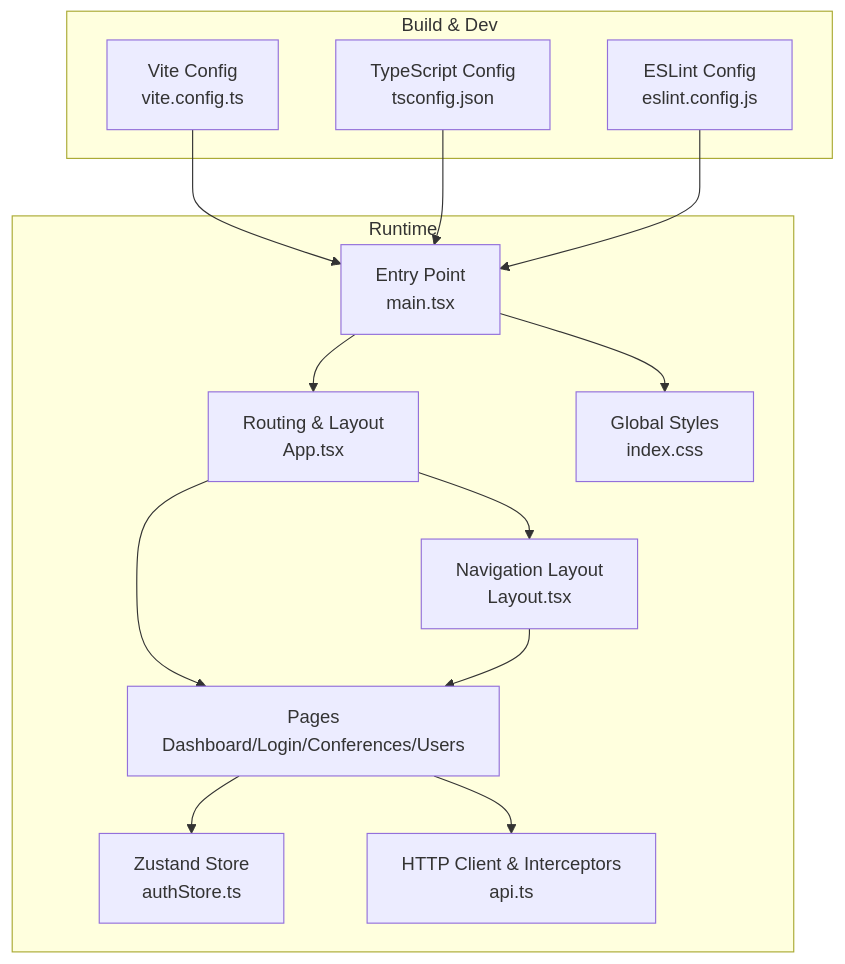
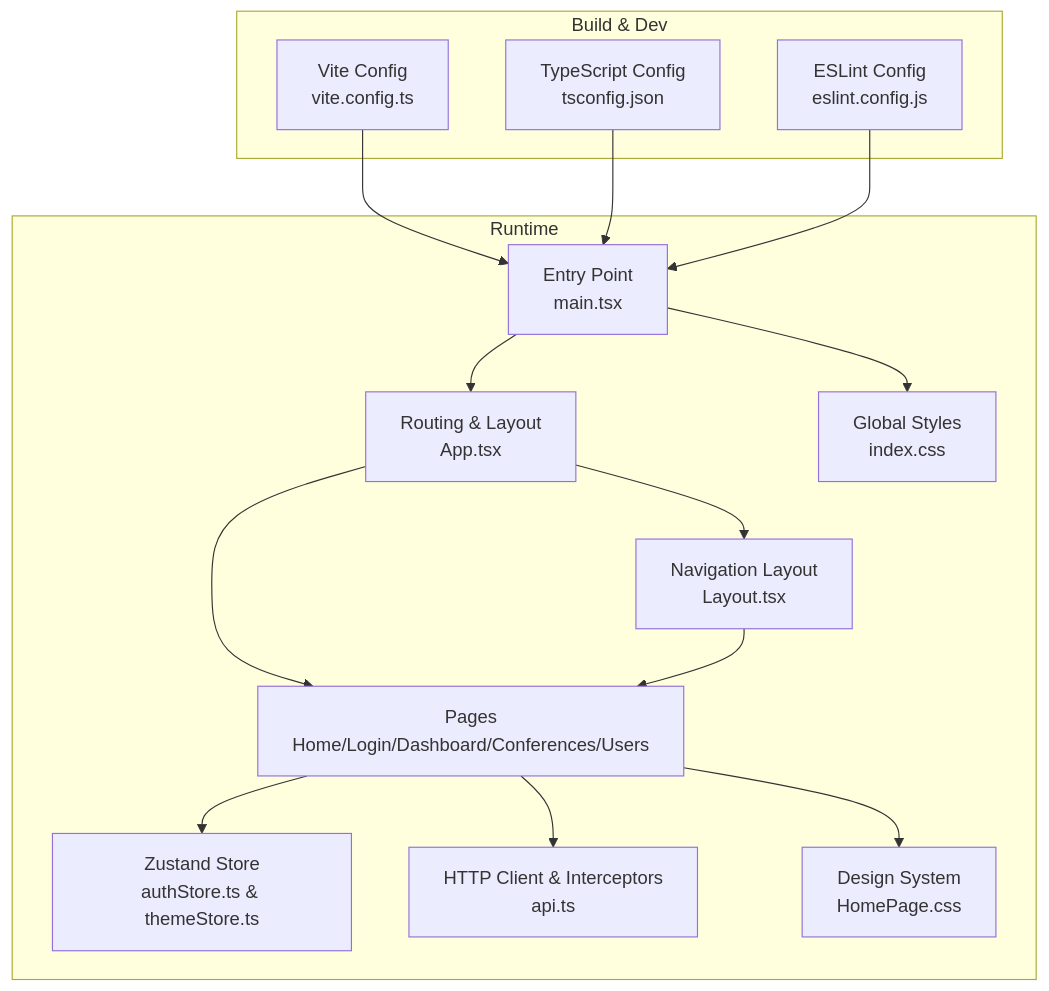
One commit to Vostrikov2014/vks-qoder changed the first of 12 diagrams in .qoder/repowiki/en/content/Frontend Application/Frontend Application.md. Above: the diagram before and after it, drawn with Mermaid. The commit also changed other lines of this file and 18 other files, not shown here.

````diff
--- a/.qoder/repowiki/en/content/Frontend Application/Frontend Application.md
+++ b/.qoder/repowiki/en/content/Frontend Application/Frontend Application.md
@@ -41,27 +54,29 @@
 ```mermaid
 graph TB
 subgraph "Build & Dev"
 Vite["Vite Config<br/>vite.config.ts"]
 TS["TypeScript Config<br/>tsconfig.json"]
 ESL["ESLint Config<br/>eslint.config.js"]
 end
 subgraph "Runtime"
 Main["Entry Point<br/>main.tsx"]
 App["Routing & Layout<br/>App.tsx"]
 Layout["Navigation Layout<br/>Layout.tsx"]
-Pages["Pages<br/>Dashboard/Login/Conferences/Users"]
-Store["Zustand Store<br/>authStore.ts"]
+Pages["Pages<br/>Home/Login/Dashboard/Conferences/Users"]
+Store["Zustand Store<br/>authStore.ts & themeStore.ts"]
 API["HTTP Client & Interceptors<br/>api.ts"]
 CSS["Global Styles<br/>index.css"]
+Design["Design System<br/>HomePage.css"]
 end
 Vite --> Main
 TS --> Main
 ESL --> Main
 Main --> App
 App --> Layout
 App --> Pages
 Layout --> Pages
 Pages --> Store
 Pages --> API
+Pages --> Design
 Main --> CSS
 ```
````
